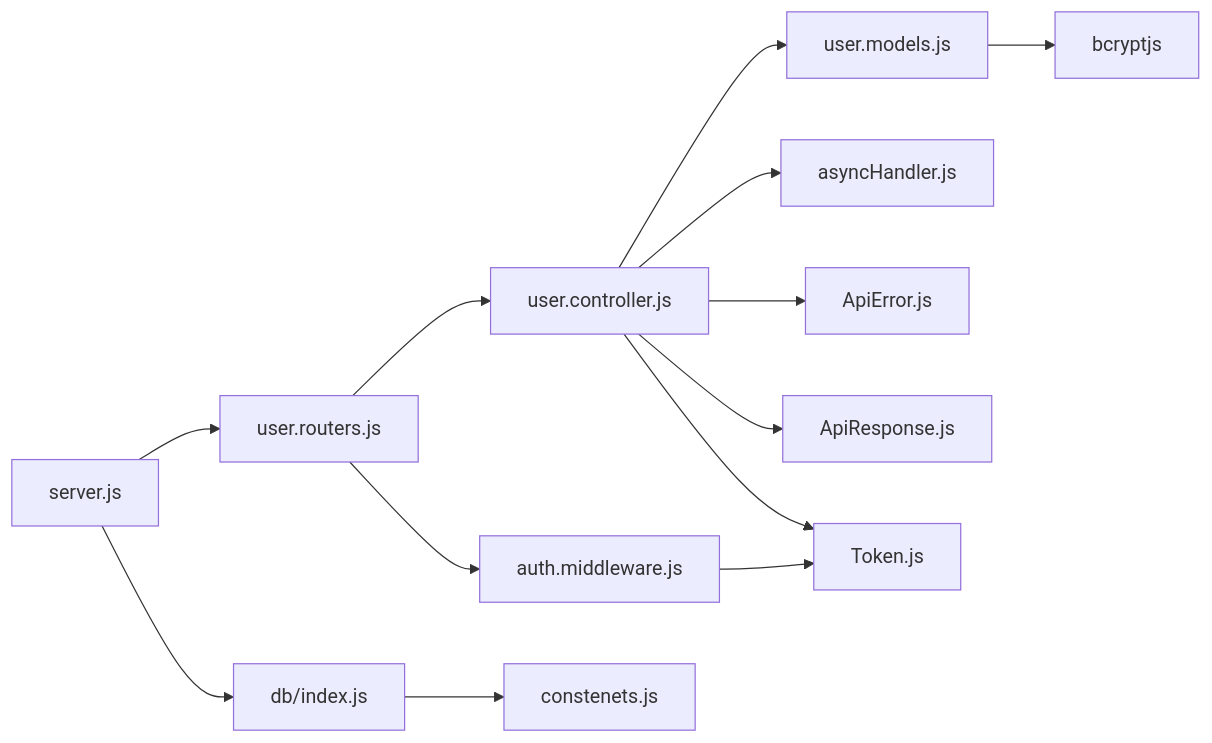
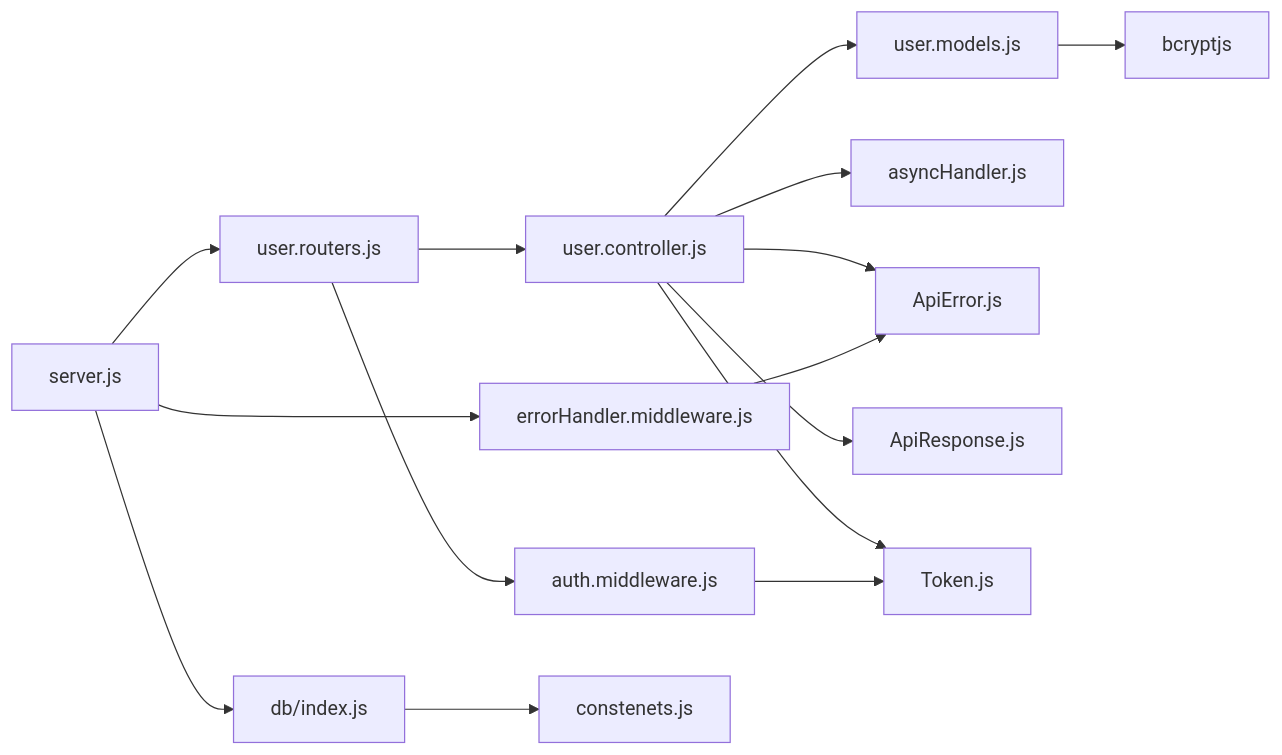
One commit to Aryan9060/Timetable-Project changed the ninth of 9 diagrams in .qoder/repowiki/en/content/Authentication & Authorization/Backend Authentication Controller.md. Above: the diagram before and after it, drawn with Mermaid. The commit also changed other lines of this file and 6 other files, not shown here.

````diff
--- a/.qoder/repowiki/en/content/Authentication & Authorization/Backend Authentication Controller.md
+++ b/.qoder/repowiki/en/content/Authentication & Authorization/Backend Authentication Controller.md
@@ -400,15 +436,17 @@
 ```mermaid
 graph LR
 UC["user.controller.js"] --> UM["user.models.js"]
 UC --> AH["asyncHandler.js"]
 UC --> AE["ApiError.js"]
 UC --> AR["ApiResponse.js"]
 UC --> TK["Token.js"]
 UR["user.routers.js"] --> UC
 UR --> AM["auth.middleware.js"]
 AM --> TK
 SRV["server.js"] --> UR
 SRV --> DBIDX["db/index.js"]
+SRV --> EH["errorHandler.middleware.js"]
 DBIDX --> CN["constenets.js"]
 UM --> BC["bcryptjs"]
+EH --> AE
 ```
````
